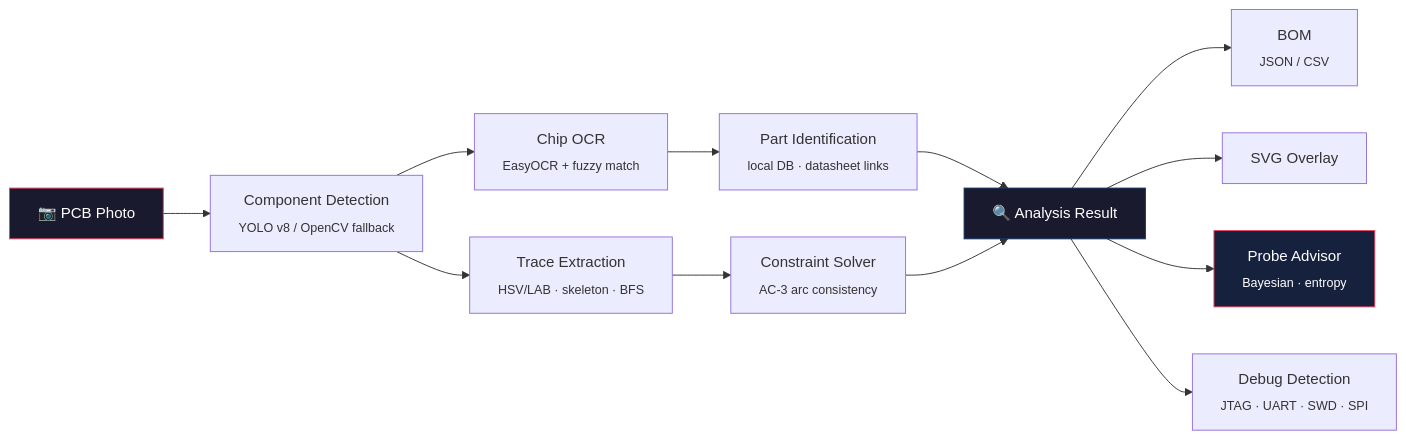
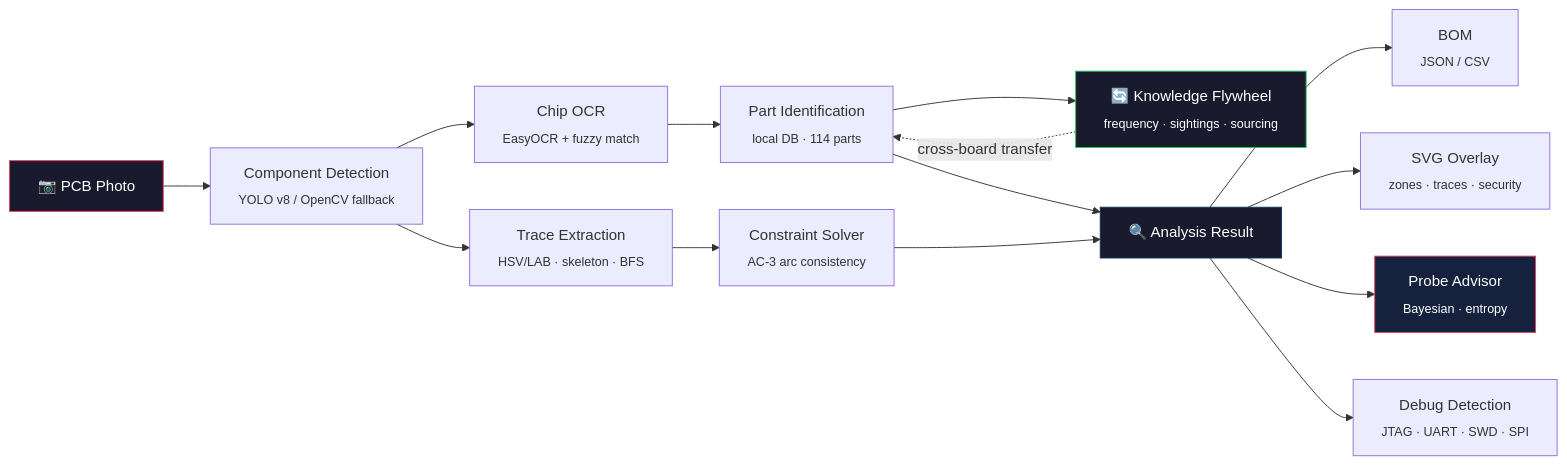
One commit to ericrihm/retrace changed the diagram in README.md. Above: the diagram before and after it, drawn with Mermaid. The commit also changed other lines of this file and 2 other files, not shown here.

First line of the commit message:
feat: wire learning flywheel into pipeline, add probing guide

````diff
--- a/README.md
+++ b/README.md
@@ -128,18 +128,21 @@
 ```mermaid
 graph LR
     A["📷 PCB Photo"] --> B["Component Detection\n<sub>YOLO v8 / OpenCV fallback</sub>"]
     B --> C["Chip OCR\n<sub>EasyOCR + fuzzy match</sub>"]
     B --> D["Trace Extraction\n<sub>HSV/LAB · skeleton · BFS</sub>"]
-    C --> E["Part Identification\n<sub>local DB · datasheet links</sub>"]
+    C --> E["Part Identification\n<sub>local DB · 114 parts</sub>"]
+    E --> L["🔄 Knowledge Flywheel\n<sub>frequency · sightings · sourcing</sub>"]
     D --> F["Constraint Solver\n<sub>AC-3 arc consistency</sub>"]
     E --> G["🔍 Analysis Result"]
     F --> G
     G --> H["BOM\n<sub>JSON / CSV</sub>"]
-    G --> I["SVG Overlay"]
+    G --> I["SVG Overlay\n<sub>zones · traces · security</sub>"]
     G --> J["Probe Advisor\n<sub>Bayesian · entropy</sub>"]
     G --> K["Debug Detection\n<sub>JTAG · UART · SWD · SPI</sub>"]
+    L -.->|"cross-board transfer"| E
 
     style A fill:#1a1a2e,stroke:#e94560,color:#fff
     style G fill:#1a1a2e,stroke:#0f3460,color:#fff
+    style L fill:#1a1a2e,stroke:#22c55e,color:#fff
     style J fill:#16213e,stroke:#e94560,color:#fff
 ```
````
